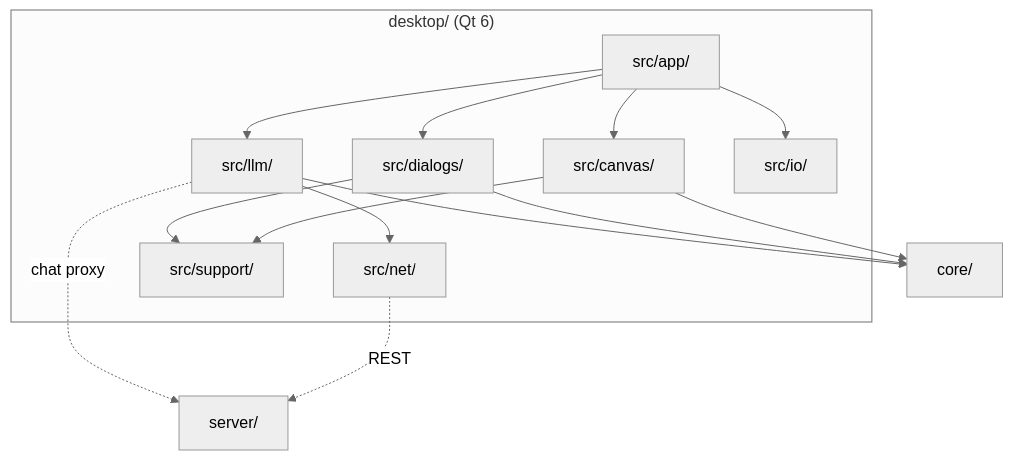
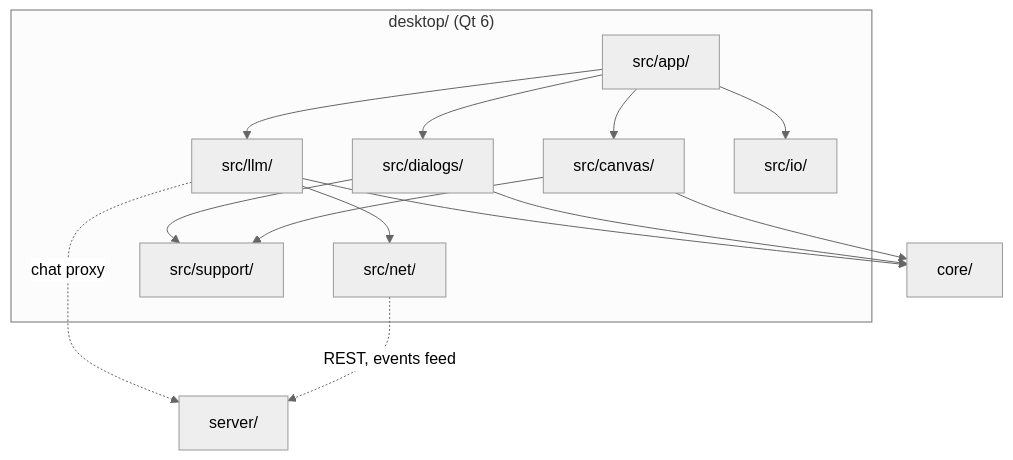
The first of 2 diagrams in desktop/ARCHITECTURE.md (andrew1407/stencil), drawn with Mermaid (neutral theme) before and after one commit. The commit also changed other lines of this file and 504 other files, not shown here.

Commit message:
Fix audited concurrency defects and make architecture docs true

````diff
--- a/desktop/ARCHITECTURE.md
+++ b/desktop/ARCHITECTURE.md
@@ -5,21 +5,21 @@
 ```mermaid
 graph TD
     CORE["core/"]
     subgraph APP["desktop/ (Qt 6)"]
       MAIN["src/app/"]
       CANVAS["src/canvas/"]
       DLG["src/dialogs/"]
       LLM["src/llm/"]
       IO["src/io/"]
       NET["src/net/"]
       SUP["src/support/"]
     end
     SRV["server/"]
 
     MAIN --> CANVAS & DLG & LLM & IO
     CANVAS & DLG --> SUP
     LLM --> NET
     CANVAS & DLG & LLM --> CORE
-    NET -.->|"REST"| SRV
+    NET -.->|"REST, events feed"| SRV
     LLM -.->|"chat proxy"| SRV
 ```
````
